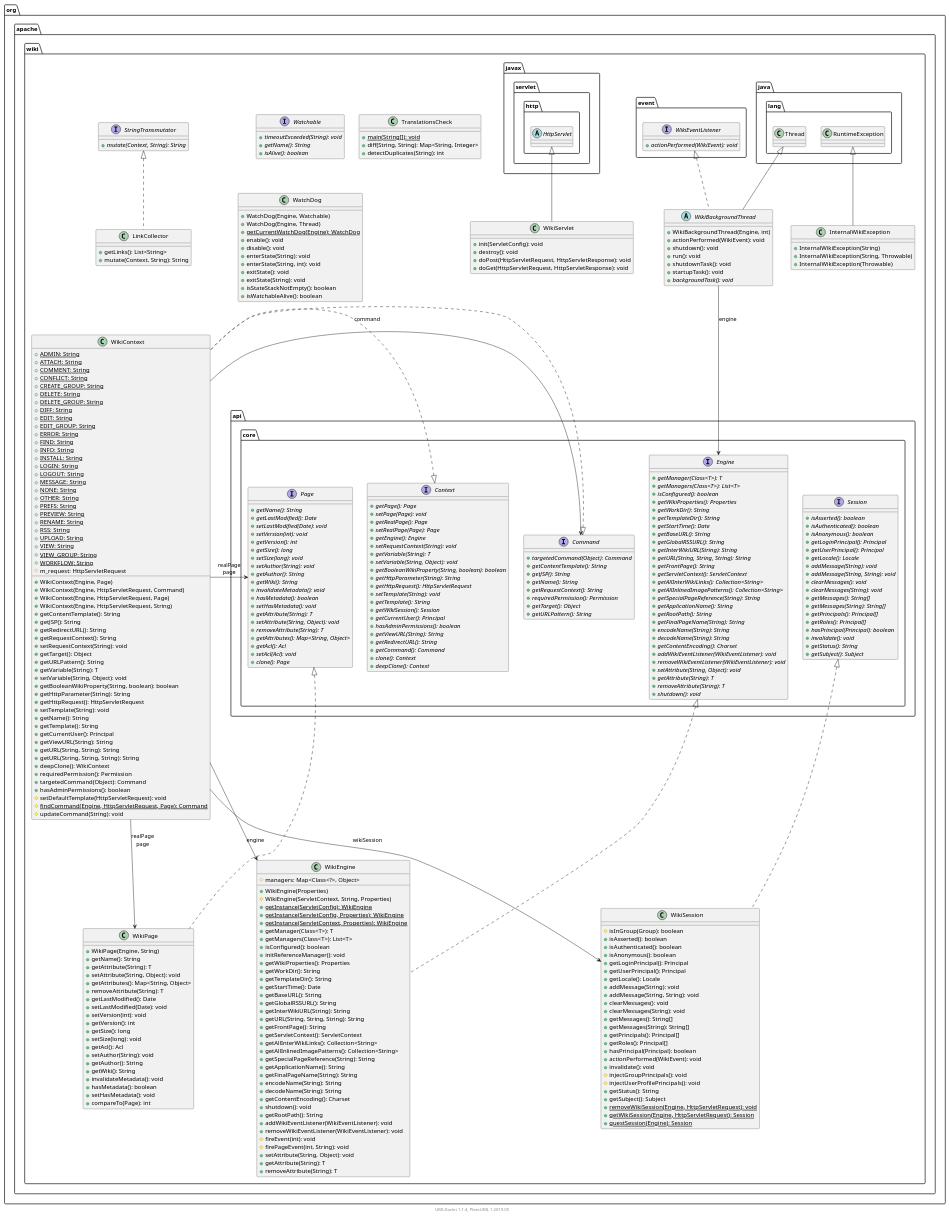
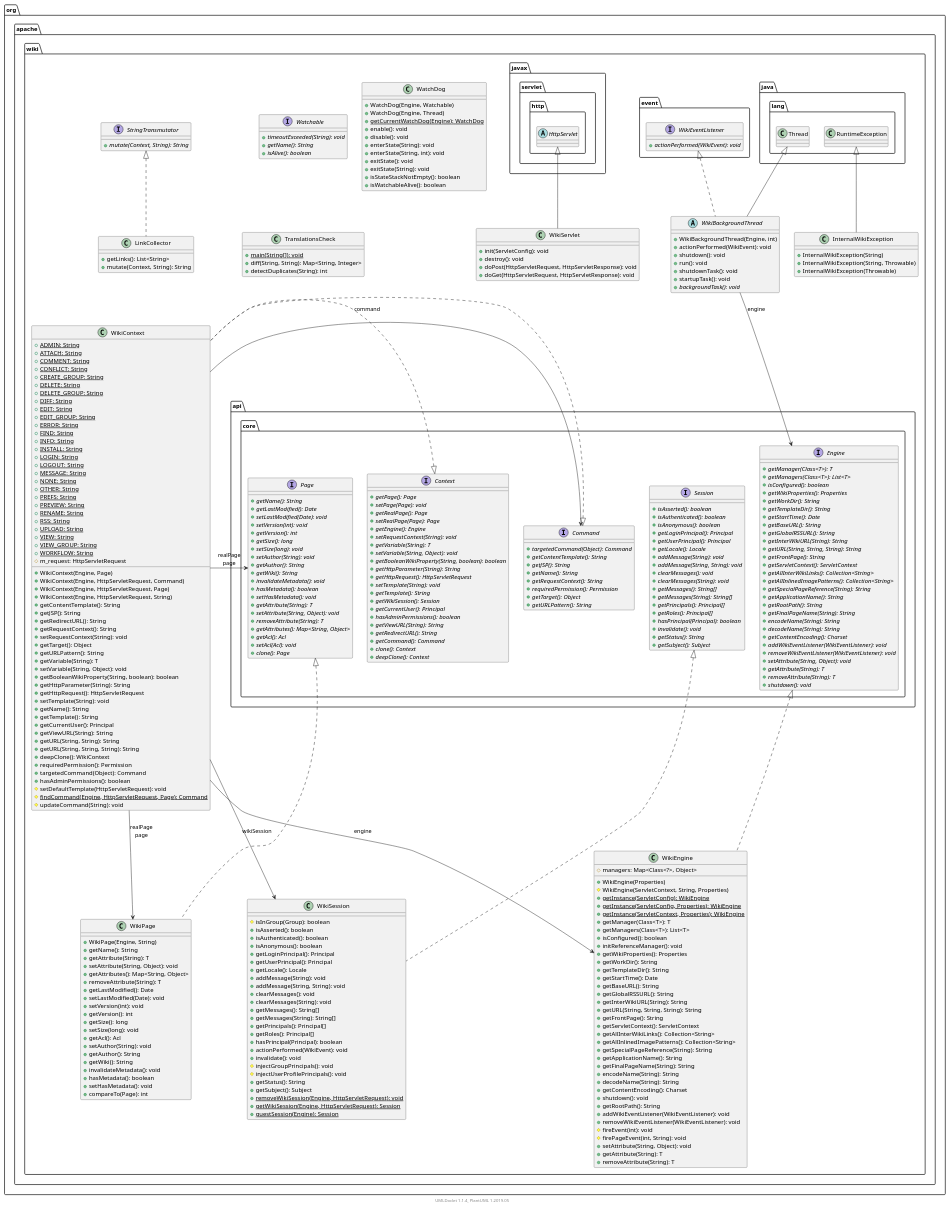
The diagram in apidocs/2.11.0.M7-SNAPSHOT/org/apache/wiki/package.puml (apache/jspwiki-site), drawn with PlantUML before and after one commit. The commit also changed other lines of this file and 1811 other files, not shown here.

```diff
--- a/apidocs/2.11.0.M7-SNAPSHOT/org/apache/wiki/package.puml
+++ b/apidocs/2.11.0.M7-SNAPSHOT/org/apache/wiki/package.puml
@@ -1,11 +1,74 @@
 @startuml
 
     namespace org.apache.wiki {
+
+        abstract class WikiBackgroundThread [[WikiBackgroundThread.html]] {
+            +WikiBackgroundThread(Engine, int)
+            +actionPerformed(WikiEvent): void
+            +shutdown(): void
+            +run(): void
+            +shutdownTask(): void
+            +startupTask(): void
+            {abstract} +backgroundTask(): void
+        }
 
         interface Watchable [[Watchable.html]] {
             {abstract} +timeoutExceeded(String): void
             {abstract} +getName(): String
             {abstract} +isAlive(): boolean
+        }
+
+        class WikiPage [[WikiPage.html]] {
+            +WikiPage(Engine, String)
+            +getName(): String
+            +getAttribute(String): T
+            +setAttribute(String, Object): void
+            +getAttributes(): Map<String, Object>
+            +removeAttribute(String): T
+            +getLastModified(): Date
+            +setLastModified(Date): void
+            +setVersion(int): void
+            +getVersion(): int
+            +getSize(): long
+            +setSize(long): void
+            +getAcl(): Acl
+            +setAuthor(String): void
+            +getAuthor(): String
+            +getWiki(): String
+            +invalidateMetadata(): void
+            +hasMetadata(): boolean
+            +setHasMetadata(): void
+            +compareTo(Page): int
+        }
+
+        class WikiServlet [[WikiServlet.html]] {
+            +init(ServletConfig): void
+            +destroy(): void
+            +doPost(HttpServletRequest, HttpServletResponse): void
+            +doGet(HttpServletRequest, HttpServletResponse): void
+        }
+
+        interface StringTransmutator [[StringTransmutator.html]] {
+            {abstract} +mutate(Context, String): String
+        }
+
+        class LinkCollector [[LinkCollector.html]] {
+            +getLinks(): List<String>
+            +mutate(Context, String): String
+        }
+
+        class WatchDog [[WatchDog.html]] {
+            +WatchDog(Engine, Watchable)
+            +WatchDog(Engine, Thread)
+            {static} +getCurrentWatchDog(Engine): WatchDog
+            +enable(): void
+            +disable(): void
+            +enterState(String): void
+            +enterState(String, int): void
+            +exitState(): void
+            +exitState(String): void
+            +isStateStackNotEmpty(): boolean
+            +isWatchableAlive(): boolean
         }
 
         class TranslationsCheck [[TranslationsCheck.html]] {
@@ -75,67 +138,38 @@
             #updateCommand(String): void
         }
 
-        class WikiPage [[WikiPage.html]] {
-            +WikiPage(Engine, String)
-            +getName(): String
-            +getAttribute(String): T
-            +setAttribute(String, Object): void
-            +getAttributes(): Map<String, Object>
-            +removeAttribute(String): T
-            +getLastModified(): Date
-            +setLastModified(Date): void
-            +setVersion(int): void
-            +getVersion(): int
-            +getSize(): long
-            +setSize(long): void
-            +getAcl(): Acl
-            +setAuthor(String): void
-            +getAuthor(): String
-            +getWiki(): String
-            +invalidateMetadata(): void
-            +hasMetadata(): boolean
-            +setHasMetadata(): void
-            +compareTo(Page): int
+        class WikiSession [[WikiSession.html]] {
+            #isInGroup(Group): boolean
+            +isAsserted(): boolean
+            +isAuthenticated(): boolean
+            +isAnonymous(): boolean
+            +getLoginPrincipal(): Principal
+            +getUserPrincipal(): Principal
+            +getLocale(): Locale
+            +addMessage(String): void
+            +addMessage(String, String): void
+            +clearMessages(): void
+            +clearMessages(String): void
+            +getMessages(): String[]
+            +getMessages(String): String[]
+            +getPrincipals(): Principal[]
+            +getRoles(): Principal[]
+            +hasPrincipal(Principal): boolean
+            +actionPerformed(WikiEvent): void
+            +invalidate(): void
+            #injectGroupPrincipals(): void
+            #injectUserProfilePrincipals(): void
+            +getStatus(): String
+            +getSubject(): Subject
+            {static} +removeWikiSession(Engine, HttpServletRequest): void
+            {static} +getWikiSession(Engine, HttpServletRequest): Session
+            {static} +guestSession(Engine): Session
         }
 
-        abstract class WikiBackgroundThread [[WikiBackgroundThread.html]] {
-            +WikiBackgroundThread(Engine, int)
-            +actionPerformed(WikiEvent): void
-            +shutdown(): void
-            +run(): void
-            +shutdownTask(): void
-            +startupTask(): void
-            {abstract} +backgroundTask(): void
-        }
-
-        class WatchDog [[WatchDog.html]] {
-            +WatchDog(Engine, Watchable)
-            +WatchDog(Engine, Thread)
-            {static} +getCurrentWatchDog(Engine): WatchDog
-            +enable(): void
-            +disable(): void
-            +enterState(String): void
-            +enterState(String, int): void
-            +exitState(): void
-            +exitState(String): void
-            +isStateStackNotEmpty(): boolean
-            +isWatchableAlive(): boolean
-        }
-
-        class WikiServlet [[WikiServlet.html]] {
-            +init(ServletConfig): void
-            +destroy(): void
-            +doPost(HttpServletRequest, HttpServletResponse): void
-            +doGet(HttpServletRequest, HttpServletResponse): void
-        }
-
-        class LinkCollector [[LinkCollector.html]] {
-            +getLinks(): List<String>
-            +mutate(Context, String): String
-        }
-
-        interface StringTransmutator [[StringTransmutator.html]] {
-            {abstract} +mutate(Context, String): String
+        class InternalWikiException [[InternalWikiException.html]] {
+            +InternalWikiException(String)
+            +InternalWikiException(String, Throwable)
+            +InternalWikiException(Throwable)
         }
 
         class WikiEngine [[WikiEngine.html]] {
@@ -178,39 +212,42 @@
             +removeAttribute(String): T
         }
 
-        class WikiSession [[WikiSession.html]] {
-            #isInGroup(Group): boolean
-            +isAsserted(): boolean
-            +isAuthenticated(): boolean
-            +isAnonymous(): boolean
-            +getLoginPrincipal(): Principal
-            +getUserPrincipal(): Principal
-            +getLocale(): Locale
-            +addMessage(String): void
-            +addMessage(String, String): void
-            +clearMessages(): void
-            +clearMessages(String): void
-            +getMessages(): String[]
-            +getMessages(String): String[]
-            +getPrincipals(): Principal[]
-            +getRoles(): Principal[]
-            +hasPrincipal(Principal): boolean
-            +actionPerformed(WikiEvent): void
-            +invalidate(): void
-            #injectGroupPrincipals(): void
-            #injectUserProfilePrincipals(): void
-            +getStatus(): String
-            +getSubject(): Subject
-            {static} +removeWikiSession(Engine, HttpServletRequest): void
-            {static} +getWikiSession(Engine, HttpServletRequest): Session
-            {static} +guestSession(Engine): Session
+        class java.lang.Thread
+        java.lang.Thread <|-- WikiBackgroundThread
+
+        interface org.apache.wiki.event.WikiEventListener {
+            {abstract} +actionPerformed(WikiEvent): void
         }
+        org.apache.wiki.event.WikiEventListener <|.. WikiBackgroundThread
 
-        class InternalWikiException [[InternalWikiException.html]] {
-            +InternalWikiException(String)
-            +InternalWikiException(String, Throwable)
-            +InternalWikiException(Throwable)
+        interface org.apache.wiki.api.core.Page {
+            {abstract} +getName(): String
+            {abstract} +getLastModified(): Date
+            {abstract} +setLastModified(Date): void
+            {abstract} +setVersion(int): void
+            {abstract} +getVersion(): int
+            {abstract} +getSize(): long
+            {abstract} +setSize(long): void
+            {abstract} +setAuthor(String): void
+            {abstract} +getAuthor(): String
+            {abstract} +getWiki(): String
+            {abstract} +invalidateMetadata(): void
+            {abstract} +hasMetadata(): boolean
+            {abstract} +setHasMetadata(): void
+            {abstract} +getAttribute(String): T
+            {abstract} +setAttribute(String, Object): void
+            {abstract} +removeAttribute(String): T
+            {abstract} +getAttributes(): Map<String, Object>
+            {abstract} +getAcl(): Acl
+            {abstract} +setAcl(Acl): void
+            {abstract} +clone(): Page
         }
+        org.apache.wiki.api.core.Page <|.. WikiPage
+
+        abstract class javax.servlet.http.HttpServlet
+        javax.servlet.http.HttpServlet <|-- WikiServlet
+
+        StringTransmutator <|.. LinkCollector
 
         interface org.apache.wiki.api.core.Context {
             {abstract} +getPage(): Page
@@ -249,42 +286,30 @@
         }
         org.apache.wiki.api.core.Command <|.. WikiContext
 
-        interface org.apache.wiki.api.core.Page {
-            {abstract} +getName(): String
-            {abstract} +getLastModified(): Date
-            {abstract} +setLastModified(Date): void
-            {abstract} +setVersion(int): void
-            {abstract} +getVersion(): int
-            {abstract} +getSize(): long
-            {abstract} +setSize(long): void
-            {abstract} +setAuthor(String): void
-            {abstract} +getAuthor(): String
-            {abstract} +getWiki(): String
-            {abstract} +invalidateMetadata(): void
-            {abstract} +hasMetadata(): boolean
-            {abstract} +setHasMetadata(): void
-            {abstract} +getAttribute(String): T
-            {abstract} +setAttribute(String, Object): void
-            {abstract} +removeAttribute(String): T
-            {abstract} +getAttributes(): Map<String, Object>
-            {abstract} +getAcl(): Acl
-            {abstract} +setAcl(Acl): void
-            {abstract} +clone(): Page
+        interface org.apache.wiki.api.core.Session {
+            {abstract} +isAsserted(): boolean
+            {abstract} +isAuthenticated(): boolean
+            {abstract} +isAnonymous(): boolean
+            {abstract} +getLoginPrincipal(): Principal
+            {abstract} +getUserPrincipal(): Principal
+            {abstract} +getLocale(): Locale
+            {abstract} +addMessage(String): void
+            {abstract} +addMessage(String, String): void
+            {abstract} +clearMessages(): void
+            {abstract} +clearMessages(String): void
+            {abstract} +getMessages(): String[]
+            {abstract} +getMessages(String): String[]
+            {abstract} +getPrincipals(): Principal[]
+            {abstract} +getRoles(): Principal[]
+            {abstract} +hasPrincipal(Principal): boolean
+            {abstract} +invalidate(): void
+            {abstract} +getStatus(): String
+            {abstract} +getSubject(): Subject
         }
-        org.apache.wiki.api.core.Page <|.. WikiPage
+        org.apache.wiki.api.core.Session <|.. WikiSession
 
-        class java.lang.Thread
-        java.lang.Thread <|-- WikiBackgroundThread
-
-        interface org.apache.wiki.event.WikiEventListener {
-            {abstract} +actionPerformed(WikiEvent): void
-        }
-        org.apache.wiki.event.WikiEventListener <|.. WikiBackgroundThread
-
-        abstract class javax.servlet.http.HttpServlet
-        javax.servlet.http.HttpServlet <|-- WikiServlet
-
-        StringTransmutator <|.. LinkCollector
+        class java.lang.RuntimeException
+        java.lang.RuntimeException <|-- InternalWikiException
 
         interface org.apache.wiki.api.core.Engine {
             {abstract} +getManager(Class<T>): T
@@ -318,30 +343,7 @@
         }
         org.apache.wiki.api.core.Engine <|.. WikiEngine
 
-        interface org.apache.wiki.api.core.Session {
-            {abstract} +isAsserted(): boolean
-            {abstract} +isAuthenticated(): boolean
-            {abstract} +isAnonymous(): boolean
-            {abstract} +getLoginPrincipal(): Principal
-            {abstract} +getUserPrincipal(): Principal
-            {abstract} +getLocale(): Locale
-            {abstract} +addMessage(String): void
-            {abstract} +addMessage(String, String): void
-            {abstract} +clearMessages(): void
-            {abstract} +clearMessages(String): void
-            {abstract} +getMessages(): String[]
-            {abstract} +getMessages(String): String[]
-            {abstract} +getPrincipals(): Principal[]
-            {abstract} +getRoles(): Principal[]
-            {abstract} +hasPrincipal(Principal): boolean
-            {abstract} +invalidate(): void
-            {abstract} +getStatus(): String
-            {abstract} +getSubject(): Subject
-        }
-        org.apache.wiki.api.core.Session <|.. WikiSession
-
-        class java.lang.RuntimeException
-        java.lang.RuntimeException <|-- InternalWikiException
+        WikiBackgroundThread --> org.apache.wiki.api.core.Engine: engine
 
         WikiContext --> org.apache.wiki.api.core.Page: realPage\npage
 
@@ -353,8 +355,6 @@
 
         WikiContext --> WikiSession: wikiSession
 
-        WikiBackgroundThread --> org.apache.wiki.api.core.Engine: engine
-
     }
 
 
```
